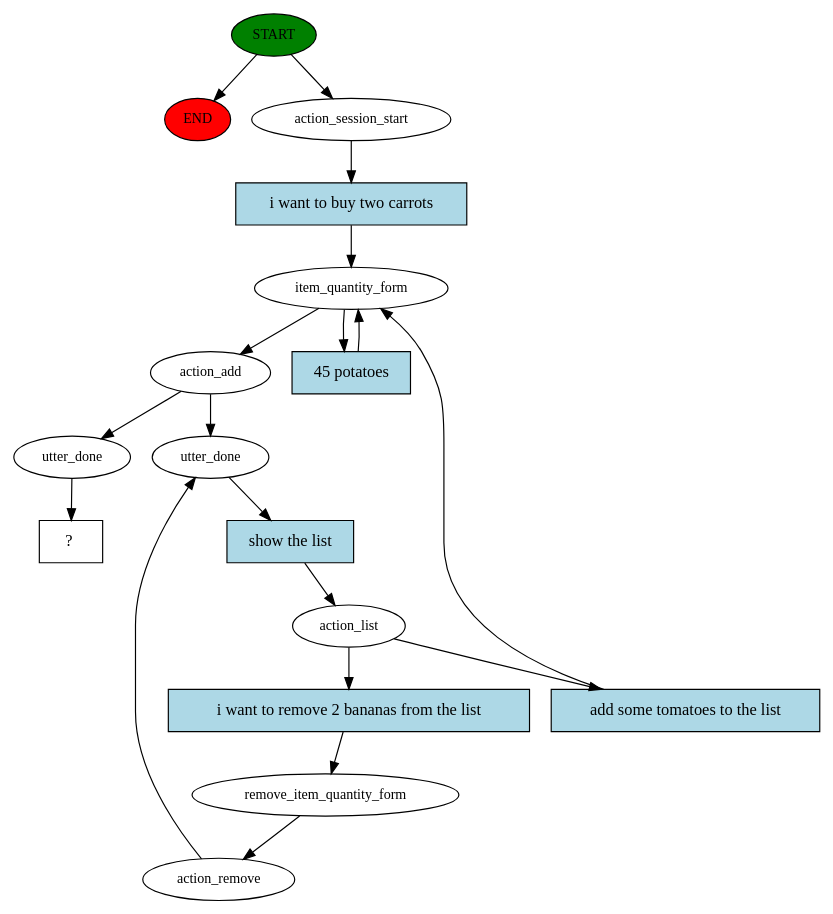
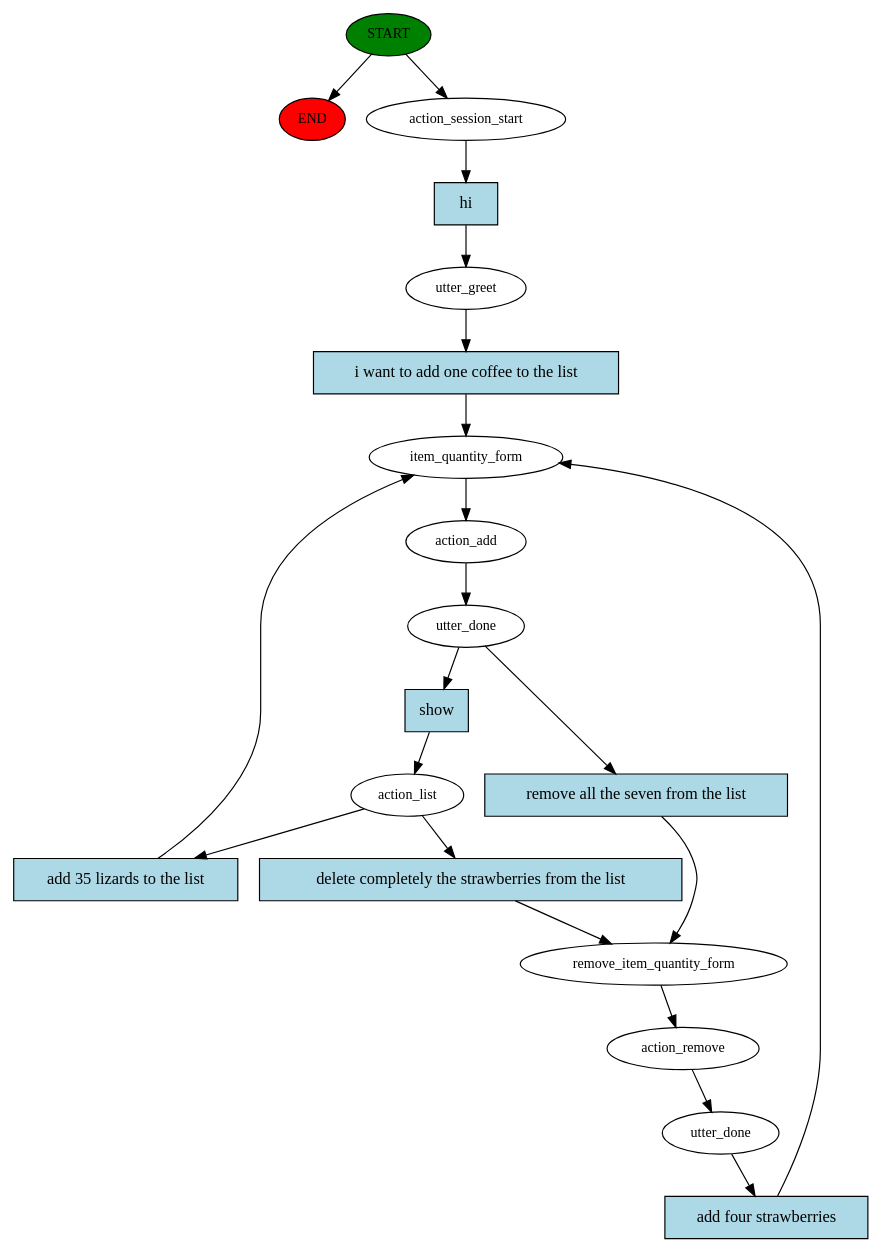
Before and after one commit to wwertyexp/CrMidTerm: the diagram in story_graph.dot, drawn with Graphviz. The commit also changed 4 other files, not shown here.

```diff
--- a/story_graph.dot
+++ b/story_graph.dot
@@ -1,36 +1,40 @@
 digraph  {
 0 [class="start active", fillcolor=green, fontsize=12, label=START, style=filled];
 "-1" [class=end, fillcolor=red, fontsize=12, label=END, style=filled];
 1 [class=active, fontsize=12, label=action_session_start];
-2 [class=active, fontsize=12, label=item_quantity_form];
-3 [class=active, fontsize=12, label=action_add];
-4 [class=active, fontsize=12, label=utter_done];
-5 [class=active, fontsize=12, label=action_list];
-10 [class=active, fontsize=12, label=remove_item_quantity_form];
-11 [class=active, fontsize=12, label=action_remove];
-25 [class=active, fontsize=12, label=utter_done];
-26 [class="intent dashed active", label="  ?  ", shape=rect];
-27 [class="intent active", fillcolor=lightblue, label="i want to buy two carrots", shape=rect, style=filled];
-28 [class="intent active", fillcolor=lightblue, label="45 potatoes", shape=rect, style=filled];
-29 [class="intent active", fillcolor=lightblue, label="show the list", shape=rect, style=filled];
-30 [class="intent active", fillcolor=lightblue, label="add some tomatoes to the list", shape=rect, style=filled];
-31 [class="intent active", fillcolor=lightblue, label="i want to remove 2 bananas from the list", shape=rect, style=filled];
+2 [class=active, fontsize=12, label=utter_greet];
+3 [class=active, fontsize=12, label=item_quantity_form];
+4 [class=active, fontsize=12, label=action_add];
+5 [class=active, fontsize=12, label=utter_done];
+6 [class=active, fontsize=12, label=action_list];
+11 [class=active, fontsize=12, label=remove_item_quantity_form];
+12 [class=active, fontsize=12, label=action_remove];
+13 [class="active dashed", fontsize=12, label=utter_done];
+27 [class="intent active", fillcolor=lightblue, label=hi, shape=rect, style=filled];
+28 [class="intent active", fillcolor=lightblue, label="i want to add one coffee to the list", shape=rect, style=filled];
+29 [class="intent active", fillcolor=lightblue, label=show, shape=rect, style=filled];
+30 [class="intent active", fillcolor=lightblue, label="remove all the seven from the list", shape=rect, style=filled];
+31 [class="intent active", fillcolor=lightblue, label="add 35 lizards to the list", shape=rect, style=filled];
+32 [class="intent active", fillcolor=lightblue, label="delete completely the strawberries from the list", shape=rect, style=filled];
+33 [class="intent active", fillcolor=lightblue, label="add four strawberries", shape=rect, style=filled];
 0 -> "-1"  [class="", key=NONE, label=""];
 0 -> 1  [class=active, key=NONE, label=""];
 1 -> 27  [class=active, key=0];
-2 -> 3  [class=active, key=NONE, label=""];
 2 -> 28  [class=active, key=0];
 3 -> 4  [class=active, key=NONE, label=""];
-3 -> 25  [class=active, key=NONE, label=""];
-4 -> 29  [class=active, key=0];
+4 -> 5  [class=active, key=NONE, label=""];
+5 -> 29  [class=active, key=0];
 5 -> 30  [class=active, key=0];
-5 -> 31  [class=active, key=0];
-10 -> 11  [class=active, key=NONE, label=""];
-11 -> 4  [class=active, key=NONE, label=""];
-25 -> 26  [class=active, key=NONE, label=""];
+6 -> 31  [class=active, key=0];
+6 -> 32  [class=active, key=0];
+11 -> 12  [class=active, key=NONE, label=""];
+12 -> 13  [class=active, key=NONE, label=""];
+13 -> 33  [class=active, key=0];
 27 -> 2  [class=active, key=0];
-28 -> 2  [class=active, key=0];
-29 -> 5  [class=active, key=0];
-30 -> 2  [class=active, key=0];
-31 -> 10  [class=active, key=0];
+28 -> 3  [class=active, key=0];
+29 -> 6  [class=active, key=0];
+30 -> 11  [class=active, key=0];
+31 -> 3  [class=active, key=0];
+32 -> 11  [class=active, key=0];
+33 -> 3  [class=active, key=0];
 }
```
